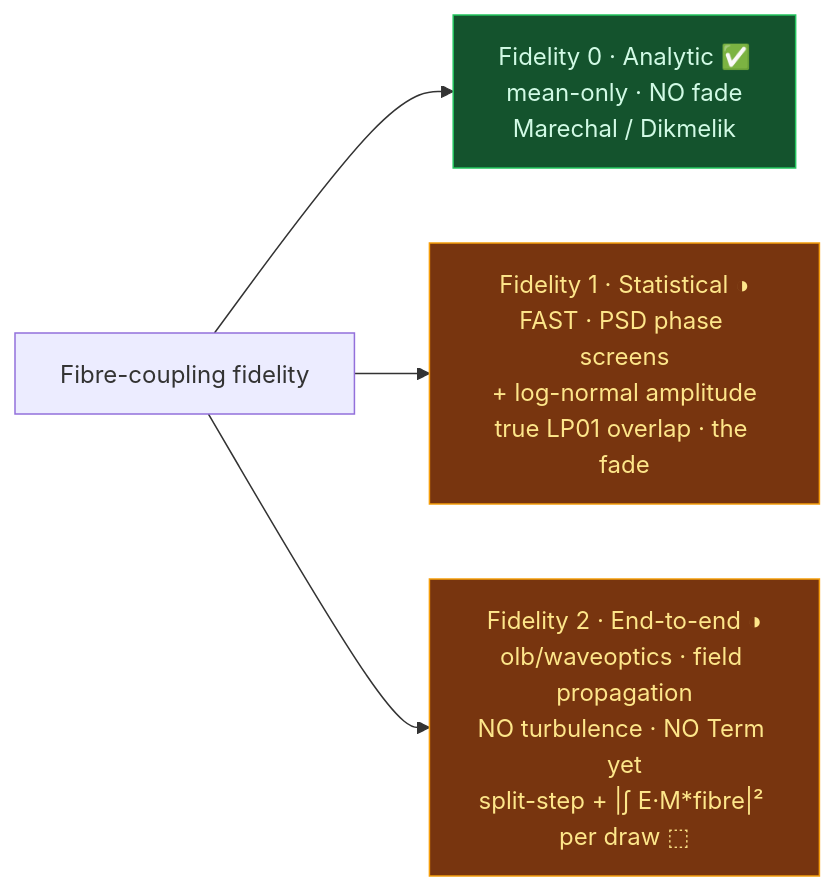
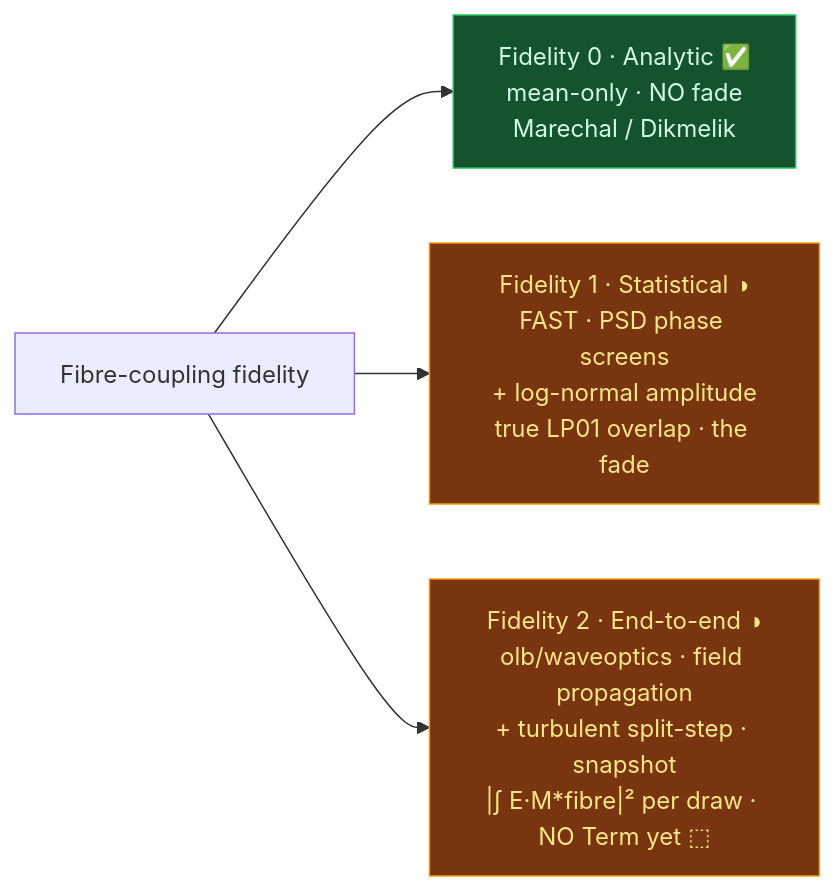
One commit to bigfraw/optical_link_budget changed the third of 4 diagrams in README.md. Above: the diagram before and after it, drawn with Mermaid. The commit also changed other lines of this file and 7 other files, not shown here.

Commit message:
Document the turbulent split-step layer and the near-field flags

````diff
--- a/README.md
+++ b/README.md
@@ -181,11 +188,11 @@
 ```mermaid
 flowchart LR
   FL["Fibre-coupling fidelity"]
   FL --> F0["Fidelity 0 · Analytic ✅<br/>mean-only · NO fade<br/>Marechal / Dikmelik"]:::done
   FL --> F1["Fidelity 1 · Statistical ◑<br/>FAST · PSD phase screens<br/>+ log-normal amplitude<br/>true LP01 overlap · the fade"]:::partial
-  FL --> F2["Fidelity 2 · End-to-end ◑<br/>olb/waveoptics · field propagation<br/>NO turbulence · NO Term yet<br/>split-step + |∫ E·M*fibre|² per draw ⬚"]:::partial
+  FL --> F2["Fidelity 2 · End-to-end ◑<br/>olb/waveoptics · field propagation<br/>+ turbulent split-step · snapshot<br/>|∫ E·M*fibre|² per draw · NO Term yet ⬚"]:::partial
 
   classDef done fill:#14532d,color:#d1fae5,stroke:#22c55e;
   classDef partial fill:#78350f,color:#fde68a,stroke:#f59e0b;
   classDef planned fill:#1e293b,color:#cbd5e1,stroke:#64748b,stroke-dasharray:4 3;
 ```
````
